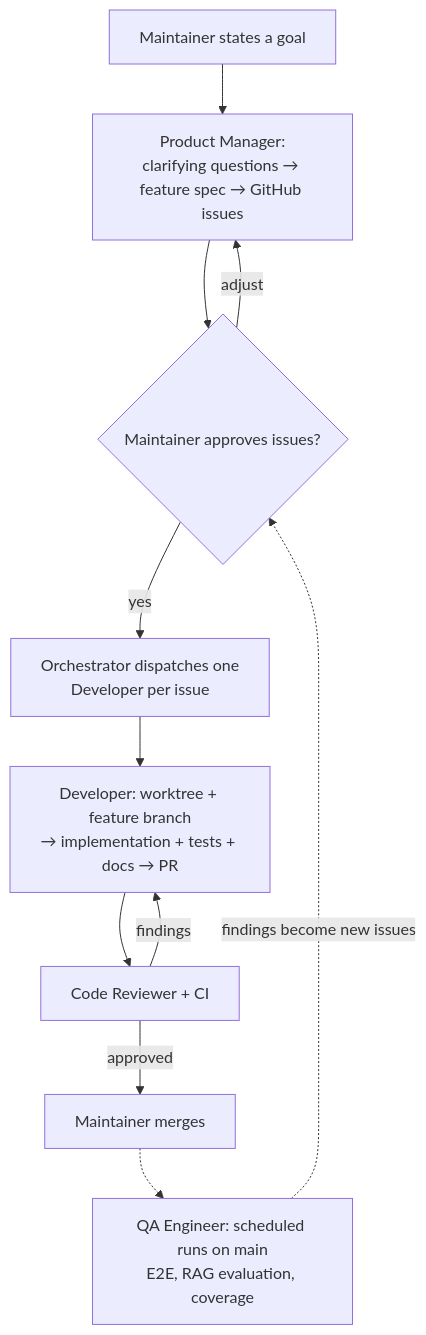
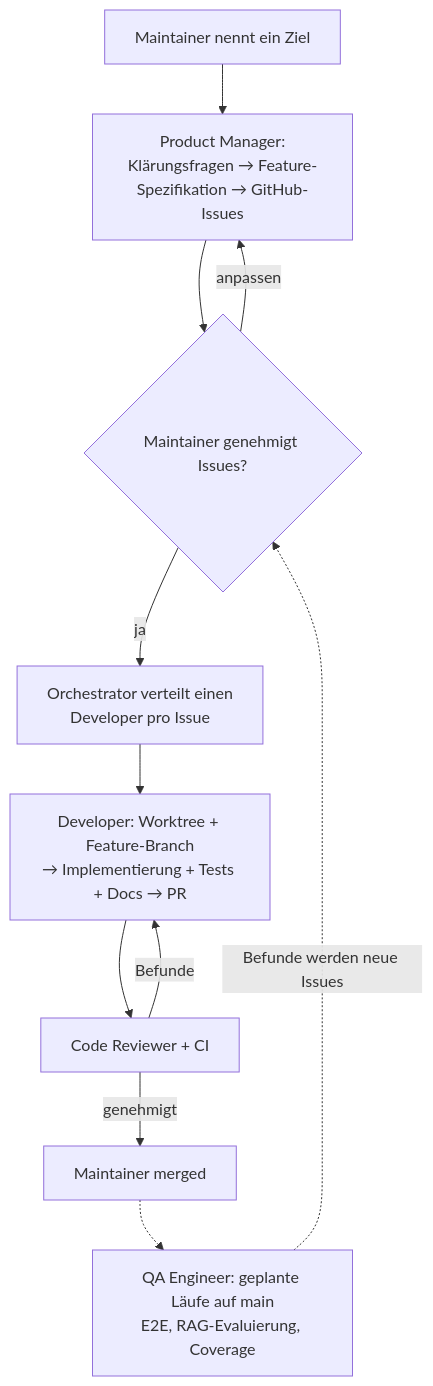
Before and after one commit to criew/opaa: the diagram in docs/AGENT-ORGANIZATION.md, drawn with Mermaid. The commit also changed other lines of this file and 49 other files, not shown here.

````diff
--- a/docs/AGENT-ORGANIZATION.md
+++ b/docs/AGENT-ORGANIZATION.md
@@ -41,13 +41,13 @@
 ```mermaid
 flowchart TD
-    A[Maintainer states a goal] --> B[Product Manager:\nclarifying questions → feature spec → GitHub issues]
-    B --> C{Maintainer approves issues?}
-    C -- adjust --> B
-    C -- yes --> D[Orchestrator dispatches one\nDeveloper per issue]
-    D --> E[Developer: worktree + feature branch\n→ implementation + tests + docs → PR]
+    A[Maintainer nennt ein Ziel] --> B[Product Manager:\nKlärungsfragen → Feature-Spezifikation → GitHub-Issues]
+    B --> C{Maintainer genehmigt Issues?}
+    C -- anpassen --> B
+    C -- ja --> D[Orchestrator verteilt einen\nDeveloper pro Issue]
+    D --> E[Developer: Worktree + Feature-Branch\n→ Implementierung + Tests + Docs → PR]
     E --> F[Code Reviewer + CI]
-    F -- findings --> E
-    F -- approved --> G[Maintainer merges]
-    G -.-> H[QA Engineer: scheduled runs on main\nE2E, RAG evaluation, coverage]
-    H -. findings become new issues .-> C
+    F -- Befunde --> E
+    F -- genehmigt --> G[Maintainer merged]
+    G -.-> H[QA Engineer: geplante Läufe auf main\nE2E, RAG-Evaluierung, Coverage]
+    H -. Befunde werden neue Issues .-> C
 ```
````
